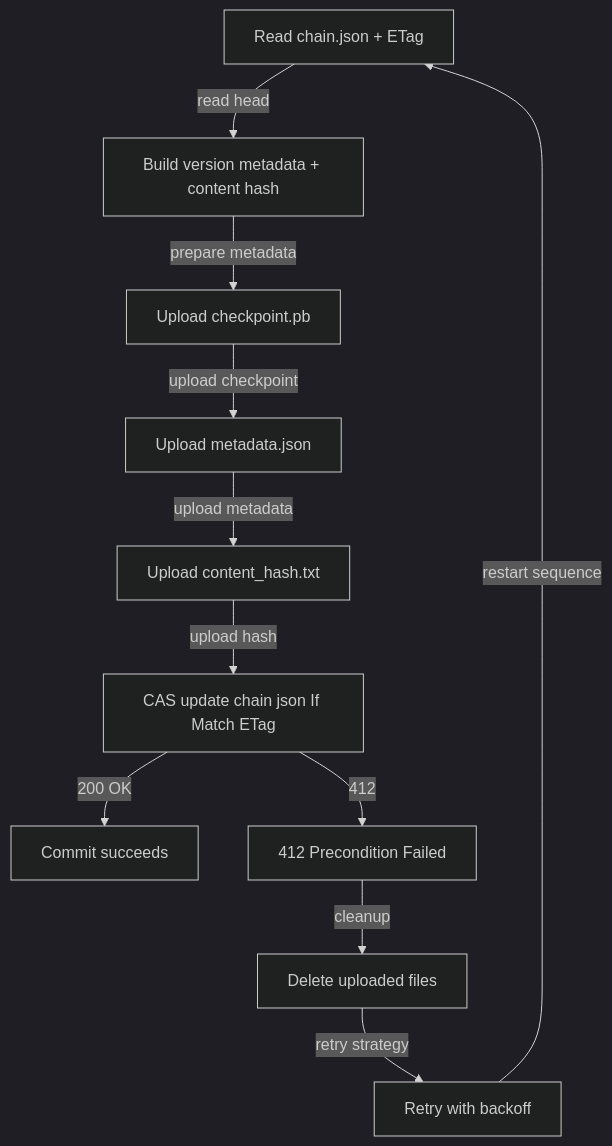
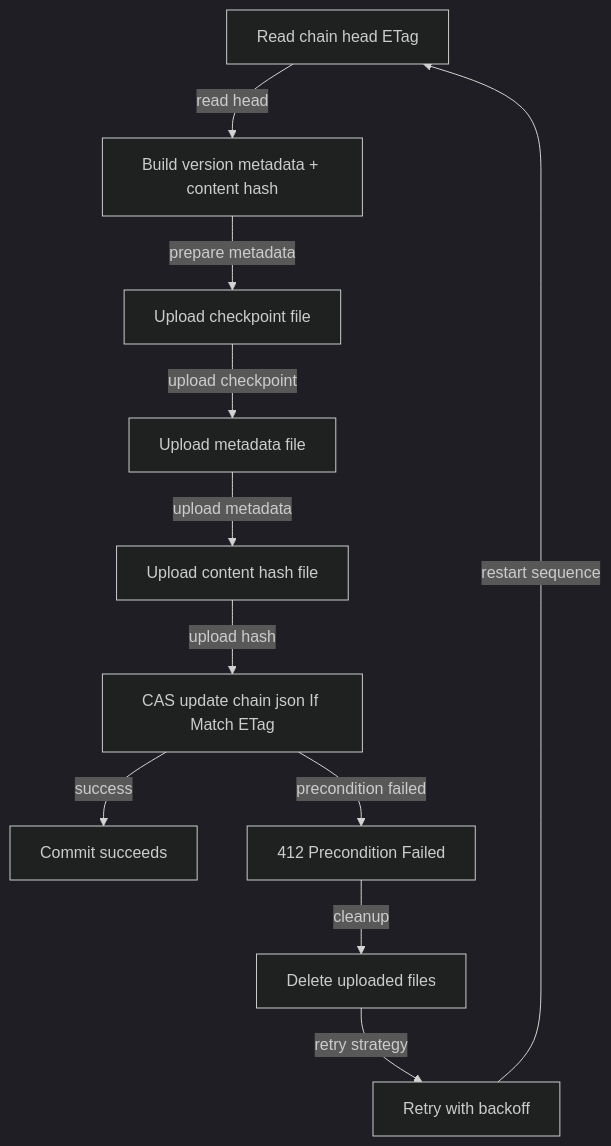
Before and after one commit to Tuee22/SpectralMC: the first of 3 diagrams in documents/engineering/blockchain_storage.md, drawn with Mermaid (dark theme). The commit also changed 29 other files, not shown here.

````diff
--- a/documents/engineering/blockchain_storage.md
+++ b/documents/engineering/blockchain_storage.md
@@ -73,24 +73,24 @@
 ```mermaid
 flowchart TB
-  Start[Read chain.json + ETag]
+  Start[Read chain head ETag]
   BuildMeta[Build version metadata + content hash]
-  UploadCheckpoint[Upload checkpoint.pb]
-  UploadMeta[Upload metadata.json]
-  UploadHash[Upload content_hash.txt]
+  UploadCheckpoint[Upload checkpoint file]
+  UploadMeta[Upload metadata file]
+  UploadHash[Upload content hash file]
   UpdateHead[CAS update chain json If Match ETag]
   CommitSuccess[Commit succeeds]
   Conflict[412 Precondition Failed]
   Rollback[Delete uploaded files]
   Retry[Retry with backoff]
 
   Start -->|read head| BuildMeta
   BuildMeta -->|prepare metadata| UploadCheckpoint
   UploadCheckpoint -->|upload checkpoint| UploadMeta
   UploadMeta -->|upload metadata| UploadHash
   UploadHash -->|upload hash| UpdateHead
-  UpdateHead -->|200 OK| CommitSuccess
-  UpdateHead -->|412| Conflict
+  UpdateHead -->|success| CommitSuccess
+  UpdateHead -->|precondition failed| Conflict
   Conflict -->|cleanup| Rollback
   Rollback -->|retry strategy| Retry
   Retry -->|restart sequence| Start
 ```
````
